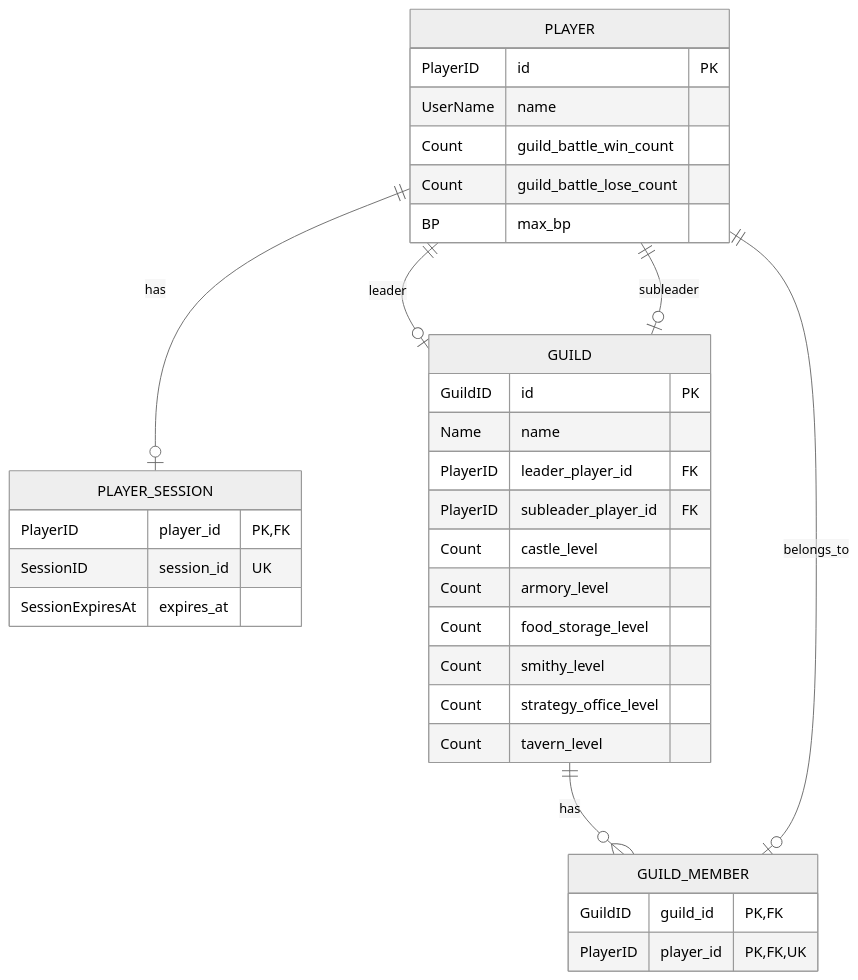
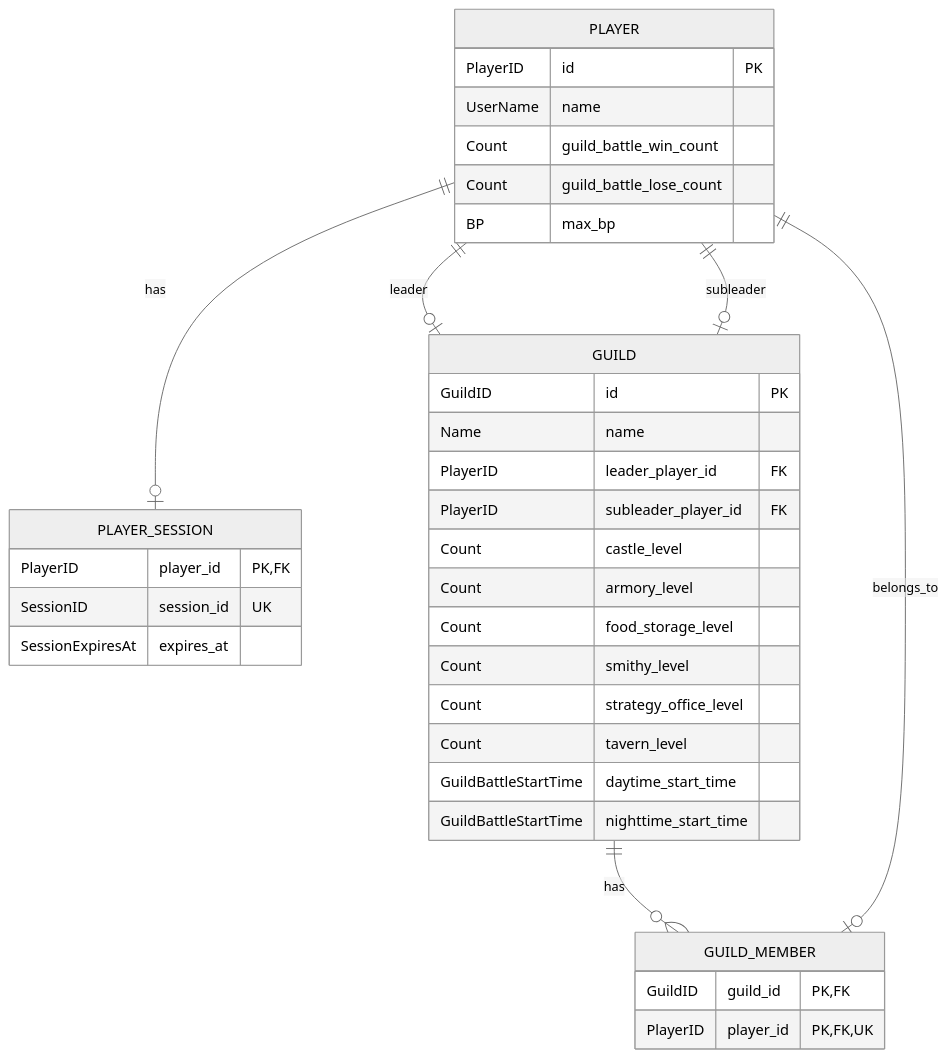
The first of 8 diagrams in design/data_base.md (ReHydrangeaOdyssey/Specifications), drawn with Mermaid (neutral theme) before and after one commit. The commit also changed other lines of this file and 19 other files, not shown here.

````diff
--- a/design/data_base.md
+++ b/design/data_base.md
@@ -11,41 +11,43 @@
 ```mermaid
 erDiagram
     PLAYER {
         PlayerID id PK
         UserName name
         Count guild_battle_win_count
         Count guild_battle_lose_count
         BP max_bp
     }
 
     PLAYER_SESSION {
         PlayerID player_id PK, FK
         SessionID session_id UK
         SessionExpiresAt expires_at
     }
 
     GUILD {
         GuildID id PK
         Name name
         PlayerID leader_player_id FK
         PlayerID subleader_player_id FK
         Count castle_level
         Count armory_level
         Count food_storage_level
         Count smithy_level
         Count strategy_office_level
         Count tavern_level
+        GuildBattleStartTime daytime_start_time
+        GuildBattleStartTime nighttime_start_time
     }
 
     GUILD_MEMBER {
         GuildID guild_id PK, FK
         PlayerID player_id PK, FK, UK
     }
 
     GUILD ||--o{ GUILD_MEMBER : has
     PLAYER ||--o| GUILD_MEMBER : belongs_to
     PLAYER ||--o| PLAYER_SESSION : has
 
     PLAYER ||--o| GUILD : leader
     PLAYER ||--o| GUILD : subleader
 ```
````
